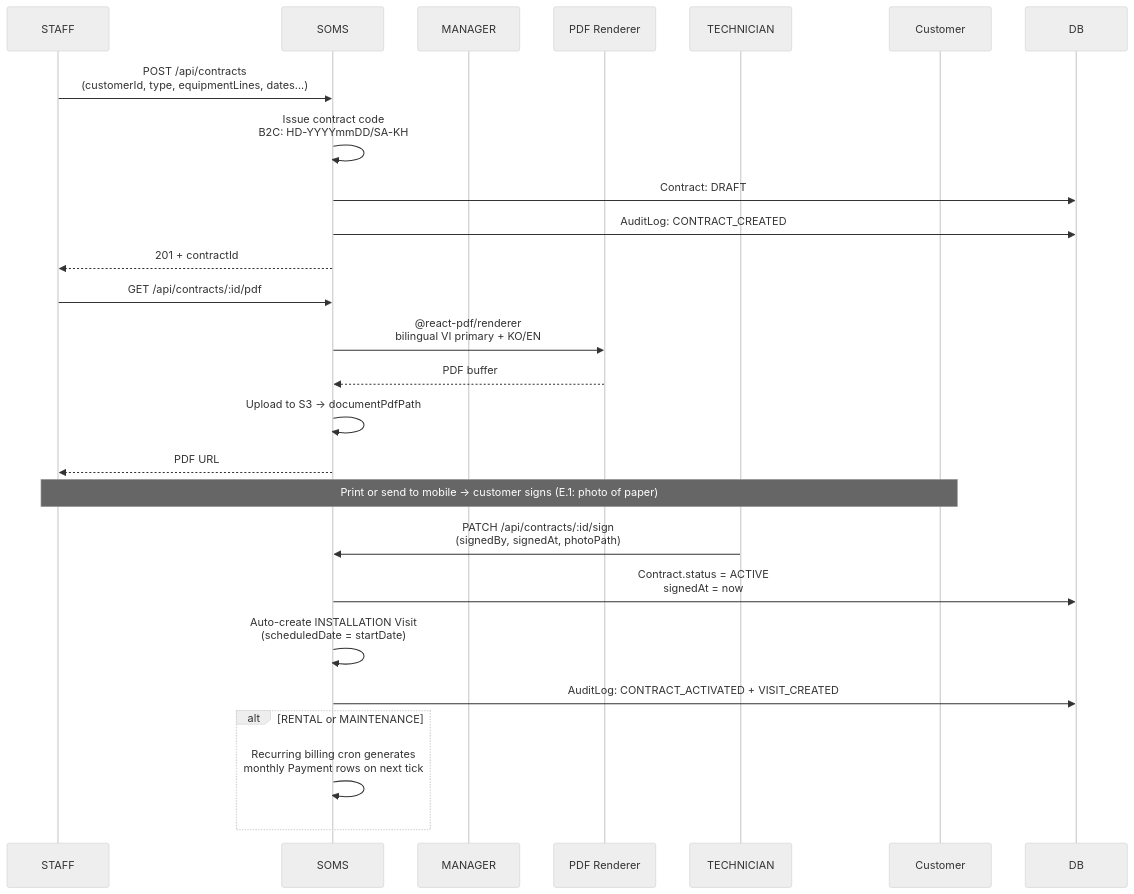
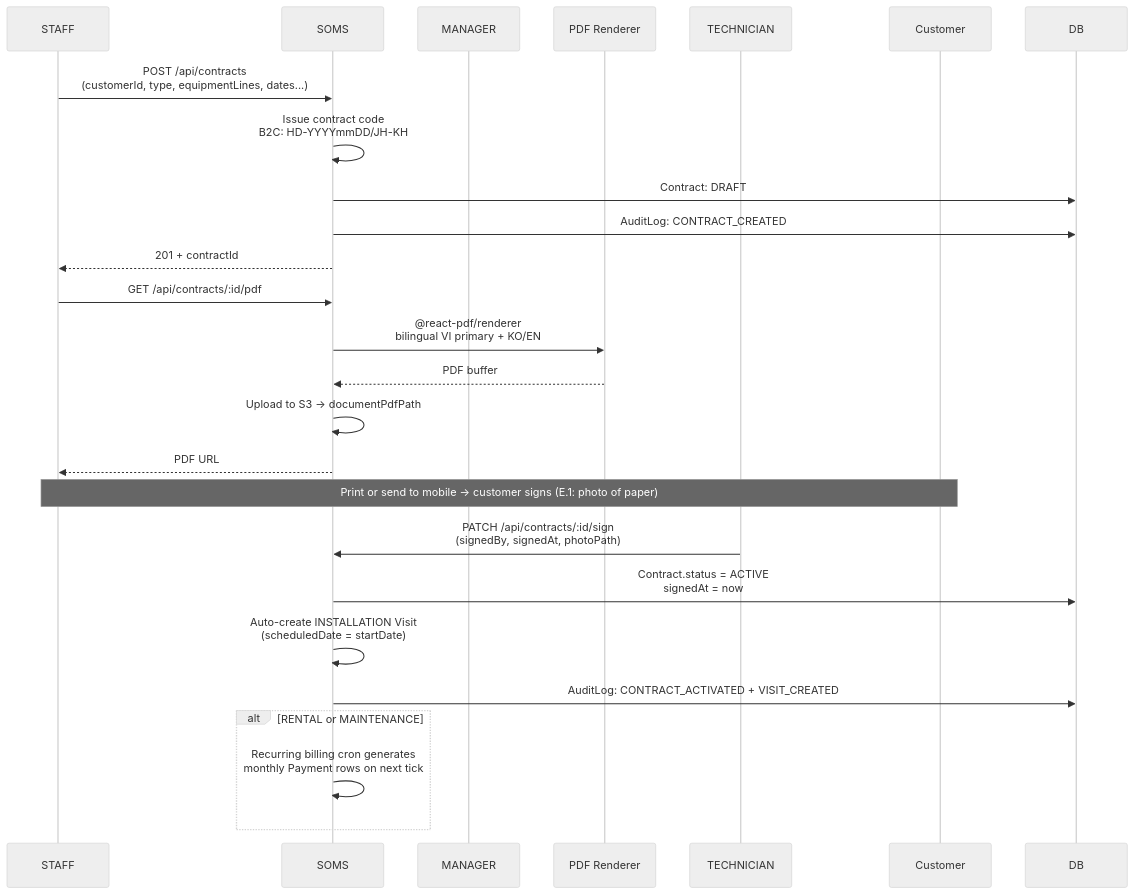
The tenth of 46 diagrams in docs/USER_WORKFLOWS.md (JoJakeTaemoon/jakes-home-appliances-soms), drawn with Mermaid (neutral theme) before and after one commit. The commit also changed other lines of this file and 94 other files, not shown here.

````diff
--- a/docs/USER_WORKFLOWS.md
+++ b/docs/USER_WORKFLOWS.md
@@ -322,33 +322,33 @@
 ```mermaid
 sequenceDiagram
   participant Staff as STAFF
   participant System as SOMS
   participant Manager as MANAGER
   participant PDF as PDF Renderer
   participant Tech as TECHNICIAN
   participant Customer as Customer
   participant DB as DB
 
   Staff->>System: POST /api/contracts<br/>(customerId, type, equipmentLines, dates...)
-  System->>System: Issue contract code<br/>B2C: HD-YYYYmmDD/SA-KH####<br/>B2B: HD-YYYYmmDD/SA-{shortcode}
+  System->>System: Issue contract code<br/>B2C: HD-YYYYmmDD/JH-KH####<br/>B2B: HD-YYYYmmDD/JH-{shortcode}
   System->>DB: Contract: DRAFT
   System->>DB: AuditLog: CONTRACT_CREATED
   System-->>Staff: 201 + contractId
 
   Staff->>System: GET /api/contracts/:id/pdf
   System->>PDF: @react-pdf/renderer<br/>bilingual VI primary + KO/EN
   PDF-->>System: PDF buffer
   System->>System: Upload to S3 → documentPdfPath
   System-->>Staff: PDF URL
 
   Note over Staff,Customer: Print or send to mobile → customer signs (E.1: photo of paper)
 
   Tech->>System: PATCH /api/contracts/:id/sign<br/>(signedBy, signedAt, photoPath)
   System->>DB: Contract.status = ACTIVE<br/>signedAt = now
   System->>System: Auto-create INSTALLATION Visit<br/>(scheduledDate = startDate)
   System->>DB: AuditLog: CONTRACT_ACTIVATED + VISIT_CREATED
 
   alt RENTAL or MAINTENANCE
     System->>System: Recurring billing cron generates<br/>monthly Payment rows on next tick
   end
 ```
````
